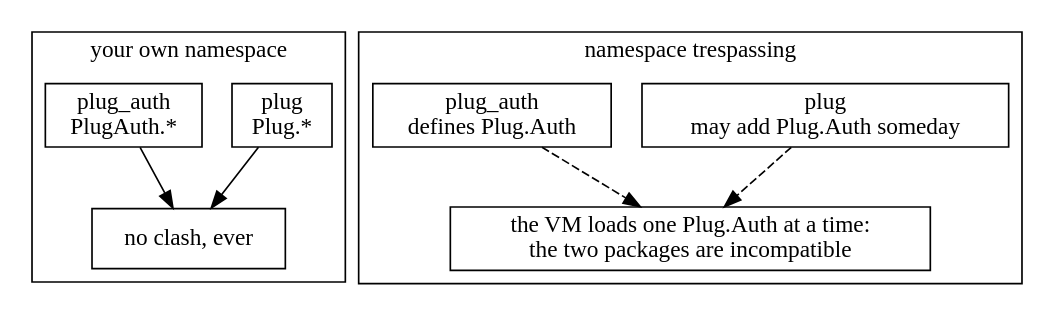
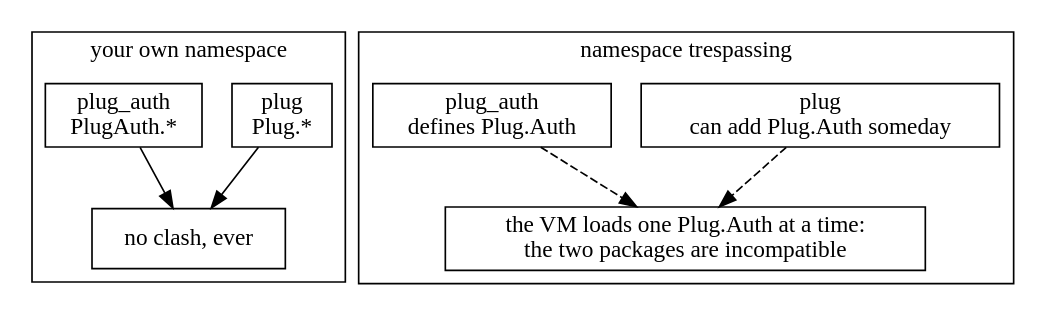
One commit to danceinthefake/visualixir changed the diagram in docs/diagrams/code-anti-patterns/namespace.dot. Above: the diagram before and after it, drawn with Graphviz. The commit also changed 37 other files, not shown here.

```diff
--- a/docs/diagrams/code-anti-patterns/namespace.dot
+++ b/docs/diagrams/code-anti-patterns/namespace.dot
@@ -1,19 +1,19 @@
 digraph namespace {
   node [shape=box]
   subgraph cluster_good {
     label="your own namespace"
     plug2 [label="plug\nPlug.*"]
     auth2 [label="plug_auth\nPlugAuth.*" class=hl]
     ok2 [label="no clash, ever"]
     plug2 -> ok2
     auth2 -> ok2
   }
   subgraph cluster_bad {
     label="namespace trespassing"
-    plug [label="plug\nmay add Plug.Auth someday"]
+    plug [label="plug\ncan add Plug.Auth someday"]
     auth [label="plug_auth\ndefines Plug.Auth"]
     vm [label="the VM loads one Plug.Auth at a time:\nthe two packages are incompatible"]
     plug -> vm [class=bad style=dashed]
     auth -> vm [class=bad style=dashed]
   }
 }
```
